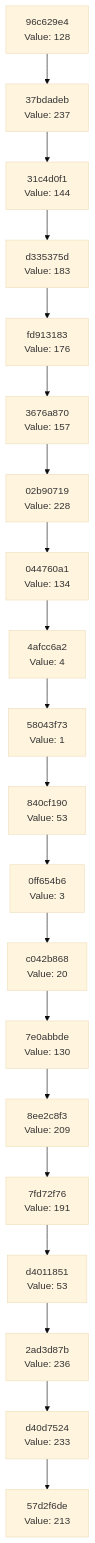
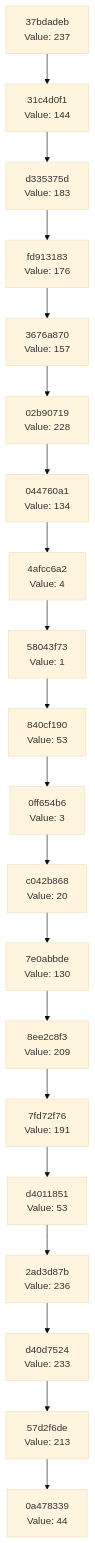
One commit to Abhisheksinha1506/hash-chain-evolver changed the diagram in docs/CHAIN_VISUALIZATION.md. Above: the diagram before and after it, drawn with Mermaid (base theme). The commit also changed 3 other files, not shown here.

````diff
--- a/docs/CHAIN_VISUALIZATION.md
+++ b/docs/CHAIN_VISUALIZATION.md
@@ -3,42 +3,42 @@
 ```mermaid
 graph TD
-    C0["57d2f6de<br/>Value: 213"]
-    C1["d40d7524<br/>Value: 233"]
+    C0["0a478339<br/>Value: 44"]
+    C1["57d2f6de<br/>Value: 213"]
     C1 --> C0
-    C2["2ad3d87b<br/>Value: 236"]
+    C2["d40d7524<br/>Value: 233"]
     C2 --> C1
-    C3["d4011851<br/>Value: 53"]
+    C3["2ad3d87b<br/>Value: 236"]
     C3 --> C2
-    C4["7fd72f76<br/>Value: 191"]
+    C4["d4011851<br/>Value: 53"]
     C4 --> C3
-    C5["8ee2c8f3<br/>Value: 209"]
+    C5["7fd72f76<br/>Value: 191"]
     C5 --> C4
-    C6["7e0abbde<br/>Value: 130"]
+    C6["8ee2c8f3<br/>Value: 209"]
     C6 --> C5
-    C7["c042b868<br/>Value: 20"]
+    C7["7e0abbde<br/>Value: 130"]
     C7 --> C6
-    C8["0ff654b6<br/>Value: 3"]
+    C8["c042b868<br/>Value: 20"]
     C8 --> C7
-    C9["840cf190<br/>Value: 53"]
+    C9["0ff654b6<br/>Value: 3"]
     C9 --> C8
-    C10["58043f73<br/>Value: 1"]
+    C10["840cf190<br/>Value: 53"]
     C10 --> C9
-    C11["4afcc6a2<br/>Value: 4"]
+    C11["58043f73<br/>Value: 1"]
     C11 --> C10
-    C12["044760a1<br/>Value: 134"]
+    C12["4afcc6a2<br/>Value: 4"]
     C12 --> C11
-    C13["02b90719<br/>Value: 228"]
+    C13["044760a1<br/>Value: 134"]
     C13 --> C12
-    C14["3676a870<br/>Value: 157"]
+    C14["02b90719<br/>Value: 228"]
     C14 --> C13
-    C15["fd913183<br/>Value: 176"]
+    C15["3676a870<br/>Value: 157"]
     C15 --> C14
-    C16["d335375d<br/>Value: 183"]
+    C16["fd913183<br/>Value: 176"]
     C16 --> C15
-    C17["31c4d0f1<br/>Value: 144"]
+    C17["d335375d<br/>Value: 183"]
     C17 --> C16
-    C18["37bdadeb<br/>Value: 237"]
+    C18["31c4d0f1<br/>Value: 144"]
     C18 --> C17
-    C19["96c629e4<br/>Value: 128"]
+    C19["37bdadeb<br/>Value: 237"]
     C19 --> C18
 ```
````
